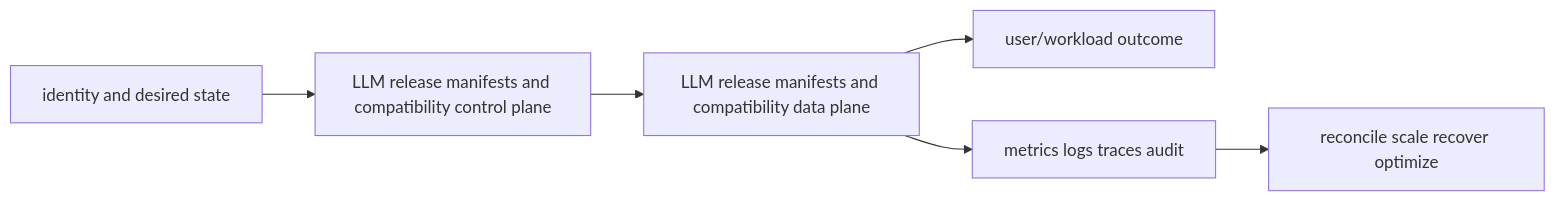
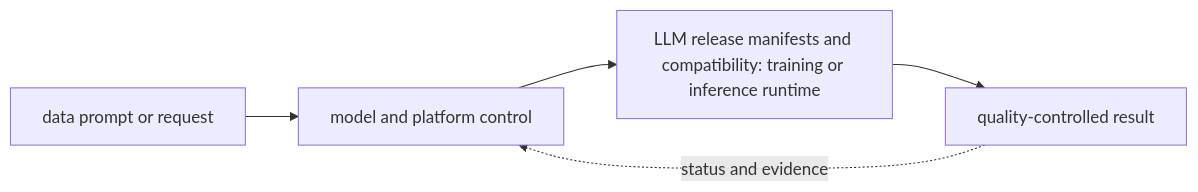
Before and after one commit to tomkidumbuyo/DevOps-interview-preparation: the diagram in 11-ai-platform/08-mlops-and-llmops-lifecycle/11-llm-release-manifest/README.md, drawn with Mermaid. The commit also changed other lines of this file and 753 other files, not shown here.

````diff
--- a/11-ai-platform/08-mlops-and-llmops-lifecycle/11-llm-release-manifest/README.md
+++ b/11-ai-platform/08-mlops-and-llmops-lifecycle/11-llm-release-manifest/README.md
@@ -19,8 +31,7 @@
 ```mermaid
 flowchart LR
-  I[identity and desired state] --> C[LLM release manifests and compatibility control plane]
-  C --> D[LLM release manifests and compatibility data plane]
-  D --> U[user/workload outcome]
-  D --> O[metrics logs traces audit]
-  O --> R[reconcile scale recover optimize]
+  A["data prompt or request"] --> B["model and platform control"]
+  B --> C["LLM release manifests and compatibility: training or inference runtime"]
+  C --> D["quality-controlled result"]
+  D -. "status and evidence" .-> B
 ```
````
